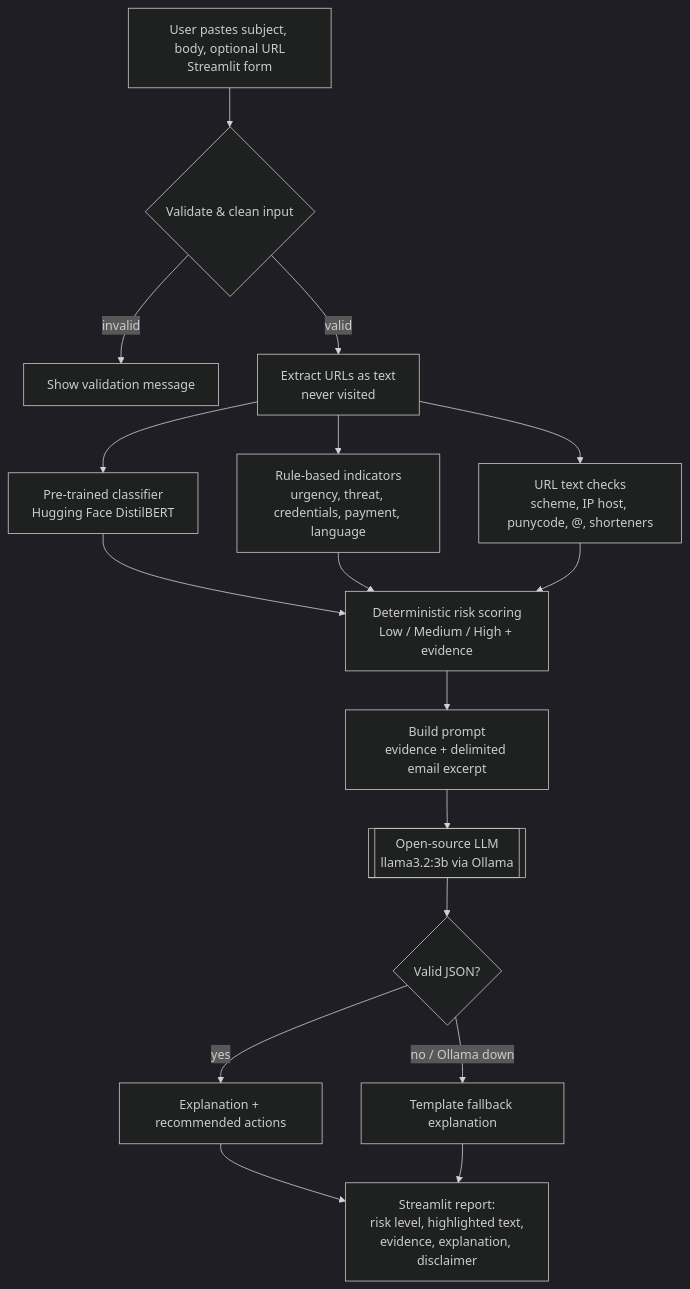
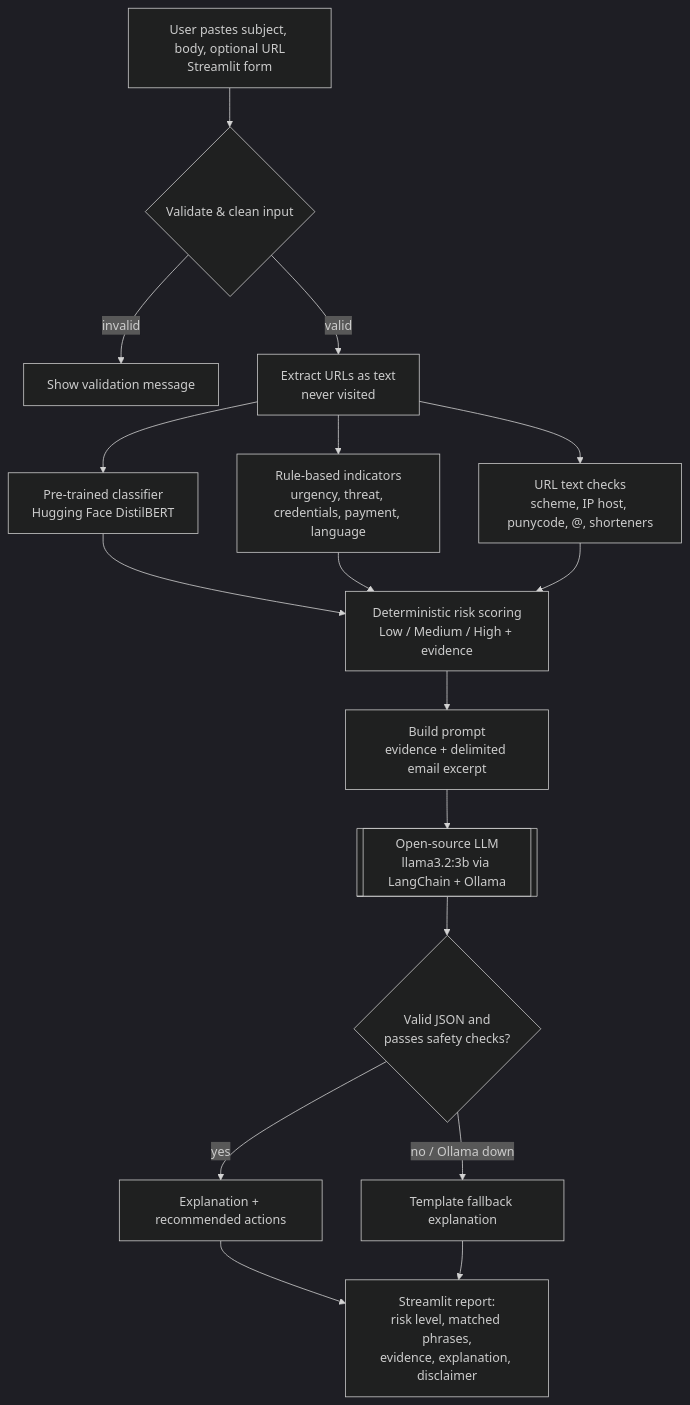
Before and after one commit to kitsi/Kit_Sidhu_CapstoneAI: the diagram in implementation_plan.md, drawn with Mermaid (dark theme). The commit also changed other lines of this file, not shown here.

````diff
--- a/implementation_plan.md
+++ b/implementation_plan.md
@@ -153,19 +153,19 @@
 ```mermaid
 flowchart TD
     A[User pastes subject, body, optional URL<br/>Streamlit form] --> B{Validate & clean input}
     B -- invalid --> B1[Show validation message]
     B -- valid --> C[Extract URLs as text<br/>never visited]
     C --> D1[Pre-trained classifier<br/>Hugging Face DistilBERT]
     C --> D2[Rule-based indicators<br/>urgency, threat, credentials, payment, language]
     C --> D3[URL text checks<br/>scheme, IP host, punycode, @, shorteners]
     D1 --> E[Deterministic risk scoring<br/>Low / Medium / High + evidence]
     D2 --> E
     D3 --> E
     E --> F[Build prompt<br/>evidence + delimited email excerpt]
-    F --> G[[Open-source LLM<br/>llama3.2:3b via Ollama]]
-    G --> H{Valid JSON?}
+    F --> G[[Open-source LLM<br/>llama3.2:3b via LangChain + Ollama]]
+    G --> H{Valid JSON and<br/>passes safety checks?}
     H -- yes --> I[Explanation + recommended actions]
     H -- no / Ollama down --> I2[Template fallback explanation]
-    I --> J[Streamlit report:<br/>risk level, highlighted text,<br/>evidence, explanation, disclaimer]
+    I --> J[Streamlit report:<br/>risk level, matched phrases,<br/>evidence, explanation, disclaimer]
     I2 --> J
 ```
````
